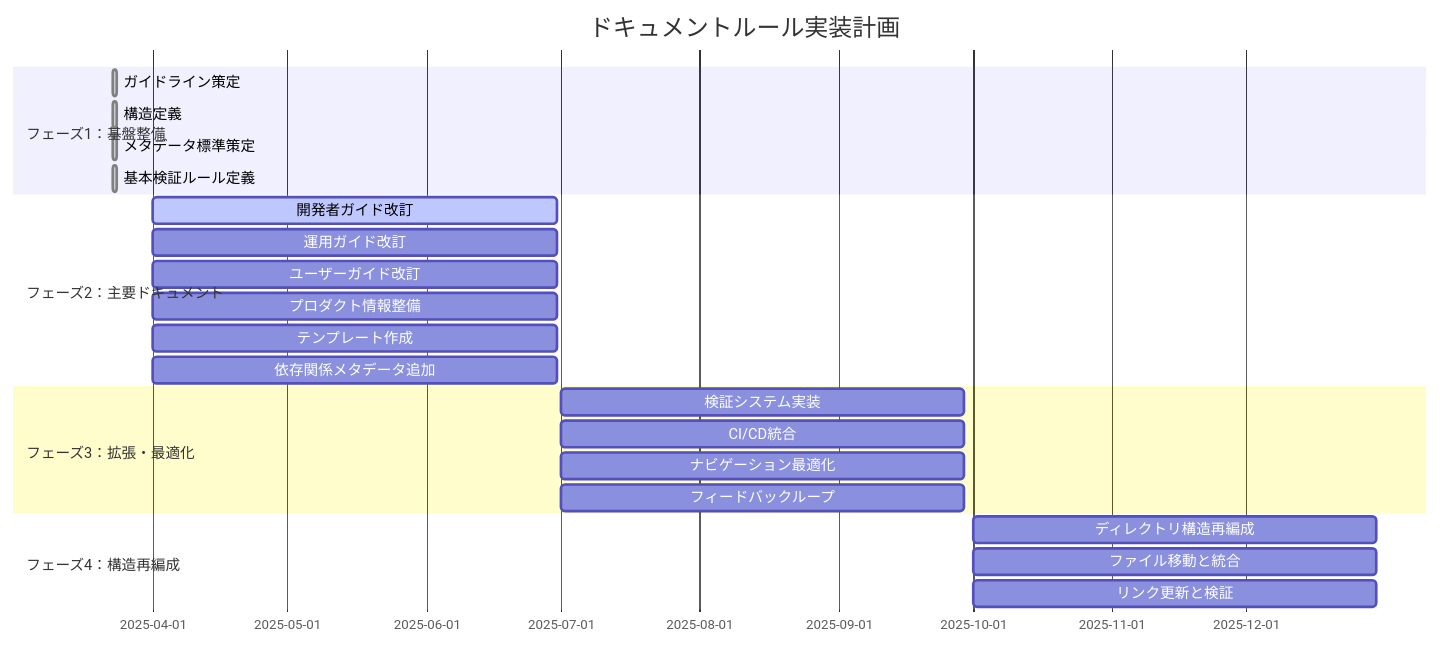
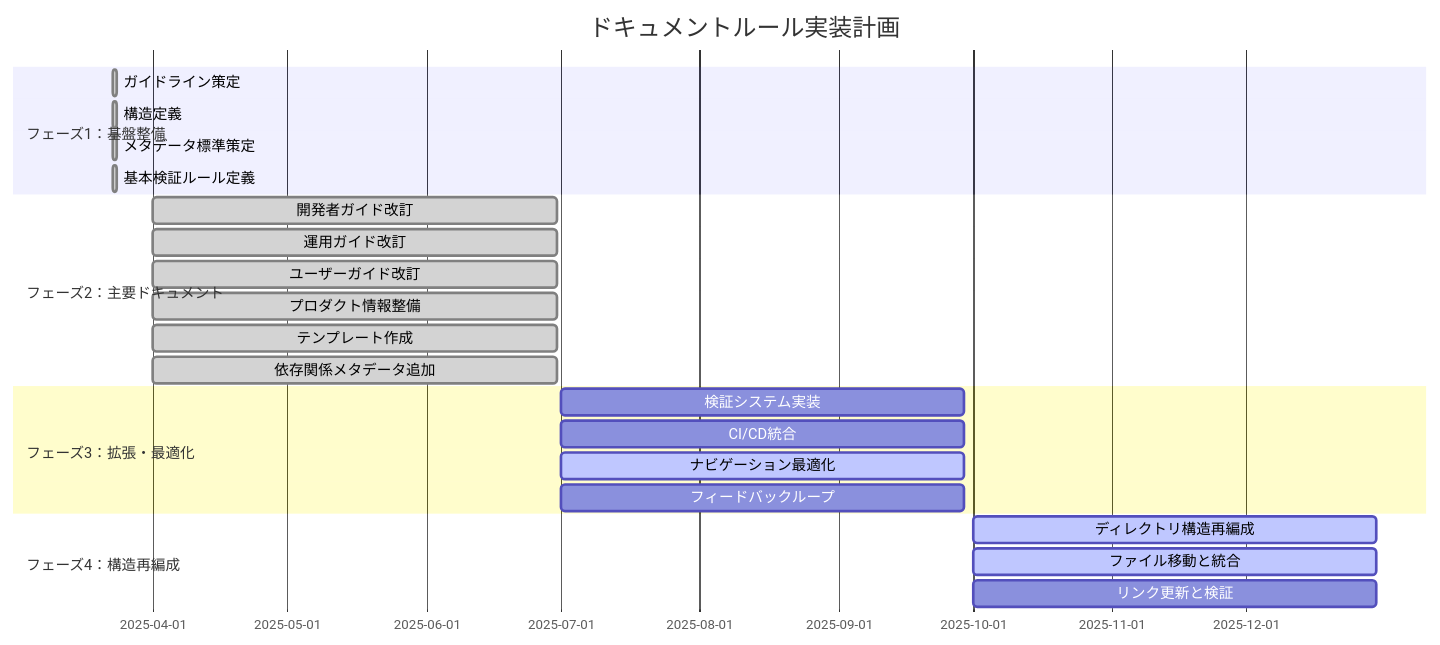
Before and after one commit to ToyB0x/git-resume: the diagram in docs/PLAN.md, drawn with Mermaid. The commit also changed other lines of this file and 1 other file, not shown here.

````diff
--- a/docs/PLAN.md
+++ b/docs/PLAN.md
@@ -100,26 +100,26 @@
 ```mermaid
 gantt
     title ドキュメントルール実装計画
     dateFormat  YYYY-MM-DD
     section フェーズ1：基盤整備
     ガイドライン策定      :done, g1, 2025-03-23, 1d
     構造定義              :done, g2, 2025-03-23, 1d
     メタデータ標準策定    :done, g3, 2025-03-23, 1d
     基本検証ルール定義    :done, g4, 2025-03-23, 1d
     section フェーズ2：主要ドキュメント
-    開発者ガイド改訂      :active, g5, 2025-04-01, 90d
-    運用ガイド改訂        :g6, 2025-04-01, 90d
-    ユーザーガイド改訂    :g7, 2025-04-01, 90d
-    プロダクト情報整備    :g8, 2025-04-01, 90d
-    テンプレート作成      :g9, 2025-04-01, 90d
-    依存関係メタデータ追加 :g10, 2025-04-01, 90d
+    開発者ガイド改訂      :done, g5, 2025-04-01, 90d
+    運用ガイド改訂        :done, g6, 2025-04-01, 90d
+    ユーザーガイド改訂    :done, g7, 2025-04-01, 90d
+    プロダクト情報整備    :done, g8, 2025-04-01, 90d
+    テンプレート作成      :done, g9, 2025-04-01, 90d
+    依存関係メタデータ追加 :done, g10, 2025-04-01, 90d
     section フェーズ3：拡張・最適化
     検証システム実装      :g11, 2025-07-01, 90d
     CI/CD統合             :g12, 2025-07-01, 90d
-    ナビゲーション最適化  :g13, 2025-07-01, 90d
+    ナビゲーション最適化  :active, g13, 2025-07-01, 90d
     フィードバックループ  :g14, 2025-07-01, 90d
     section フェーズ4：構造再編成
-    ディレクトリ構造再編成 :g15, 2025-10-01, 90d
-    ファイル移動と統合     :g16, 2025-10-01, 90d
+    ディレクトリ構造再編成 :active, g15, 2025-10-01, 90d
+    ファイル移動と統合     :active, g16, 2025-10-01, 90d
     リンク更新と検証       :g17, 2025-10-01, 90d
 ```
````
